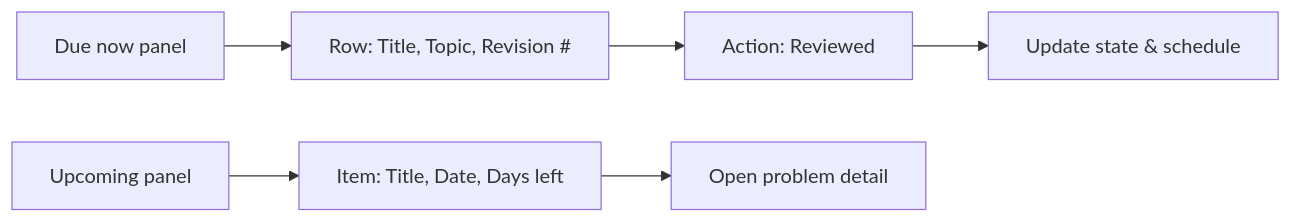
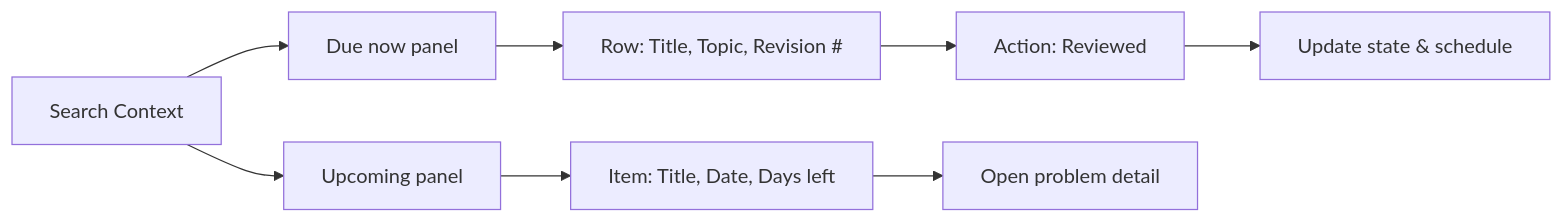
One commit to iamrituraj/DSA-Tracker changed the eighth of 10 diagrams in .qoder/repowiki/en/content/Frontend Application/Revision System.md. Above: the diagram before and after it, drawn with Mermaid. The commit also changed other lines of this file and 8 other files, not shown here.

````diff
--- a/.qoder/repowiki/en/content/Frontend Application/Revision System.md
+++ b/.qoder/repowiki/en/content/Frontend Application/Revision System.md
@@ -212,8 +259,10 @@
 ```mermaid
 flowchart LR
 Due["Due now panel"] --> Row["Row: Title, Topic, Revision #"]
 Row --> Action["Action: Reviewed"]
 Action --> Update["Update state & schedule"]
 Upcoming["Upcoming panel"] --> Item["Item: Title, Date, Days left"]
 Item --> Open["Open problem detail"]
+Search["Search Context"] --> Due
+Search --> Upcoming
 ```
````
